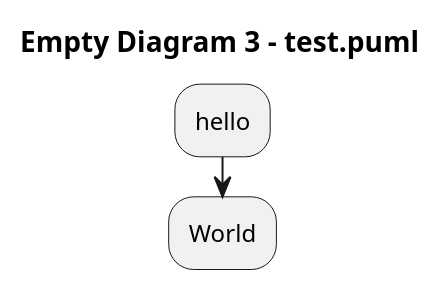
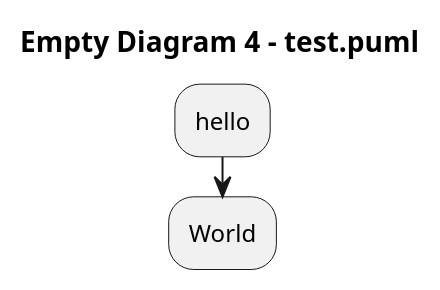
The diagram in test.puml (arwenvaughan/test1), drawn with PlantUML before and after one commit.

Commit message:
This commit was initiated from PlantText to edit the file test.puml only.

```diff
--- a/test.puml
+++ b/test.puml
@@ -1,7 +1,7 @@
 @startuml
 
-title Empty Diagram 3 - test.puml
+title Empty Diagram 4 - test.puml
 :hello;
 :World;
 
 @enduml
```
